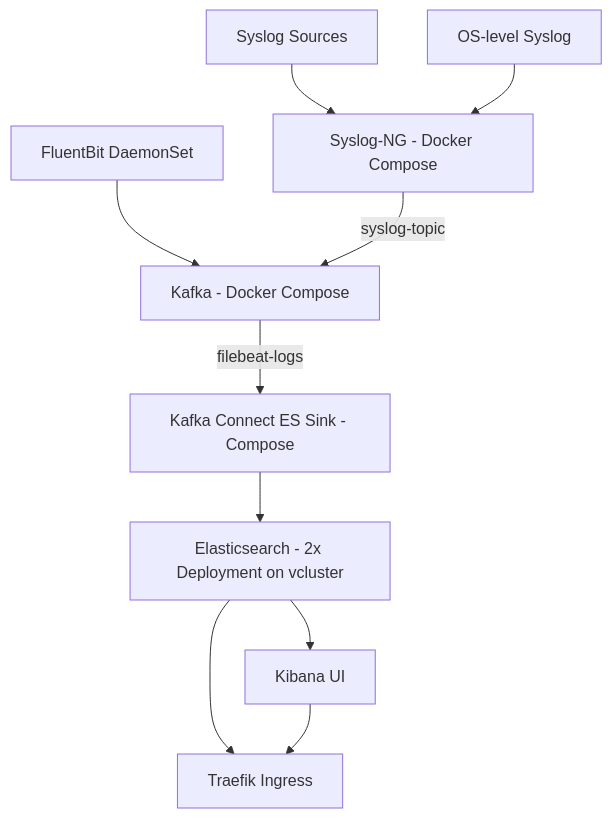
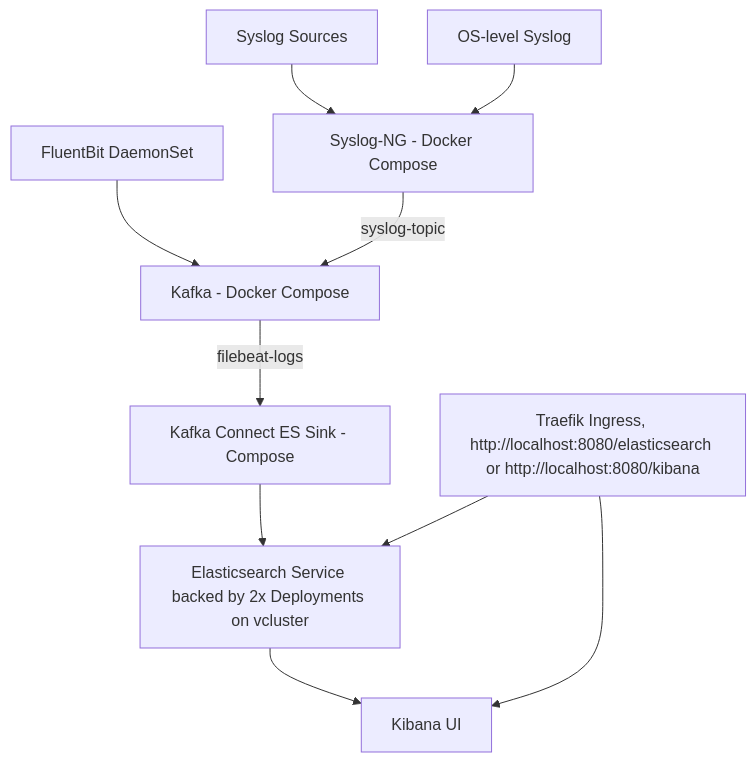
One commit to georgelza/ElasticPipelineLab changed the diagram in Deployment/DEPLOY_ELASTIC.md. Above: the diagram before and after it, drawn with Mermaid. The commit also changed 1 other file, not shown here.

Commit message:
Filling gaps in infrastucture/* changed syslog-ng container, modified our source feeds, redid the Kafka Connect Sink definition, changing the Elasticsearch pv/pvc's

````diff
--- a/Deployment/DEPLOY_ELASTIC.md
+++ b/Deployment/DEPLOY_ELASTIC.md
@@ -18,12 +18,12 @@
 ```mermaid
 graph TD
     A[Syslog Sources] --> B[Syslog-NG - Docker Compose]
     H[FluentBit DaemonSet] --> D[Kafka - Docker Compose]
     B -->|syslog-topic| D
     D -->|filebeat-logs| E[Kafka Connect ES Sink - Compose]
-    E --> F[Elasticsearch - 2x Deployment on vcluster]
+    E --> F[Elasticsearch Service backed by 2x Deployments on vcluster]
     F --> G[Kibana UI]
-    F --> K[Traefik Ingress]
-    G --> K
+    K[Traefik Ingress, http://localhost:8080/elasticsearch or http://localhost:8080/kibana] --> F
+    K --> G
     I[OS-level Syslog] --> B
 ```
````
